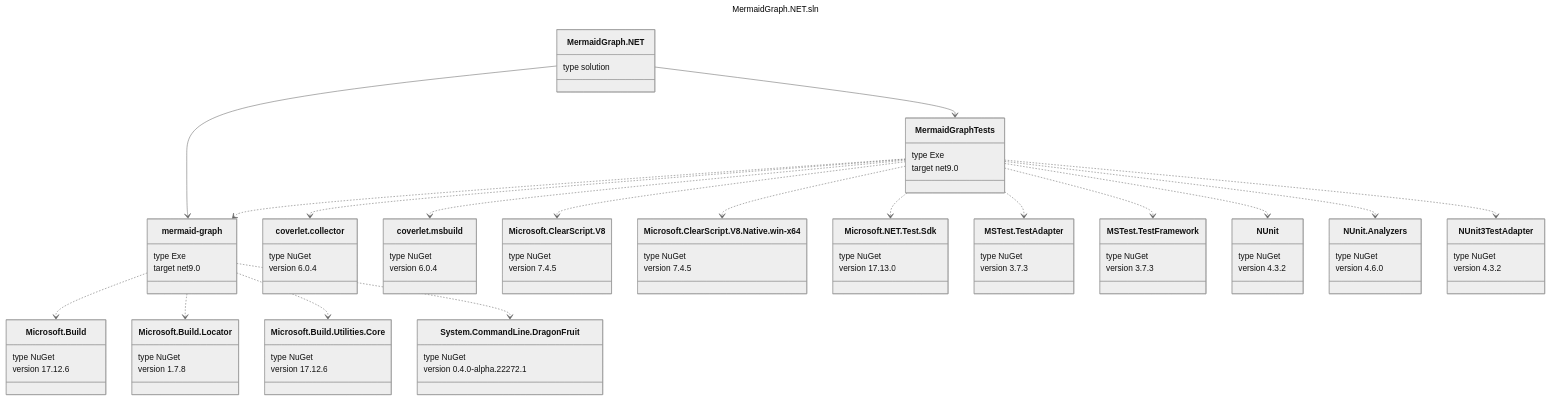
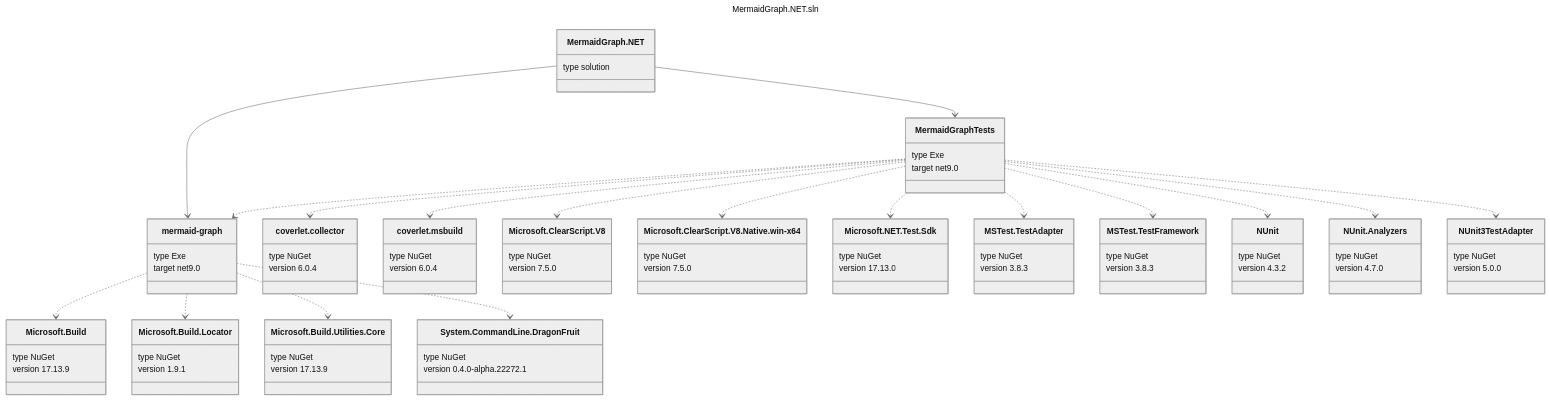
The diagram in README.md (A9G-Data-Droid/MermaidGraph.NET), drawn with Mermaid (neutral theme) before and after one commit. The commit also changed other lines of this file and 5 other files, not shown here.

````diff
--- a/README.md
+++ b/README.md
@@ -53,17 +54,17 @@
     }
     class Microsoft.Build{
         type NuGet
-        version 17.12.6
+        version 17.13.9
     }
     mermaid-graph ..> Microsoft.Build
     class Microsoft.Build.Locator{
         type NuGet
-        version 1.7.8
+        version 1.9.1
     }
     mermaid-graph ..> Microsoft.Build.Locator
     class Microsoft.Build.Utilities.Core{
         type NuGet
-        version 17.12.6
+        version 17.13.9
     }
     mermaid-graph ..> Microsoft.Build.Utilities.Core
     class System.CommandLine.DragonFruit{
@@ -89,12 +90,12 @@
     MermaidGraphTests ..> coverlet.msbuild
     class Microsoft.ClearScript.V8{
         type NuGet
-        version 7.4.5
+        version 7.5.0
     }
     MermaidGraphTests ..> Microsoft.ClearScript.V8
     class Microsoft.ClearScript.V8.Native.win-x64{
         type NuGet
-        version 7.4.5
+        version 7.5.0
     }
     MermaidGraphTests ..> Microsoft.ClearScript.V8.Native.win-x64
     class Microsoft.NET.Test.Sdk{
@@ -104,12 +105,12 @@
     MermaidGraphTests ..> Microsoft.NET.Test.Sdk
     class MSTest.TestAdapter{
         type NuGet
-        version 3.7.3
+        version 3.8.3
     }
     MermaidGraphTests ..> MSTest.TestAdapter
     class MSTest.TestFramework{
         type NuGet
-        version 3.7.3
+        version 3.8.3
     }
     MermaidGraphTests ..> MSTest.TestFramework
     class NUnit{
@@ -119,12 +120,12 @@
     MermaidGraphTests ..> NUnit
     class NUnit.Analyzers{
         type NuGet
-        version 4.6.0
+        version 4.7.0
     }
     MermaidGraphTests ..> NUnit.Analyzers
     class NUnit3TestAdapter{
         type NuGet
-        version 4.3.2
+        version 5.0.0
     }
     MermaidGraphTests ..> NUnit3TestAdapter
 ```
````
